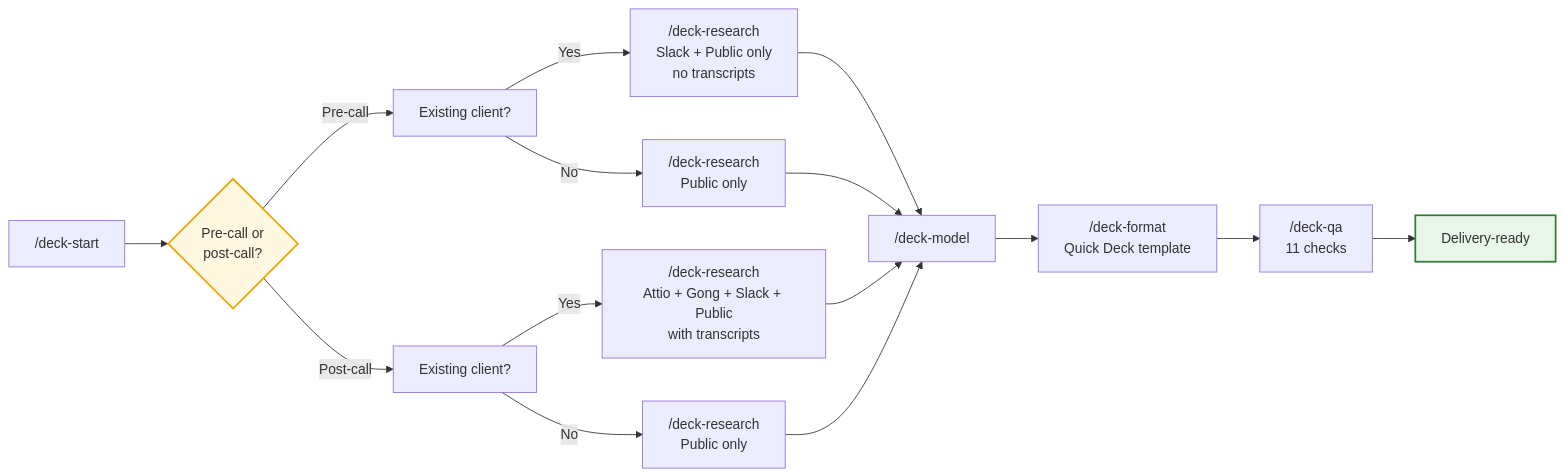
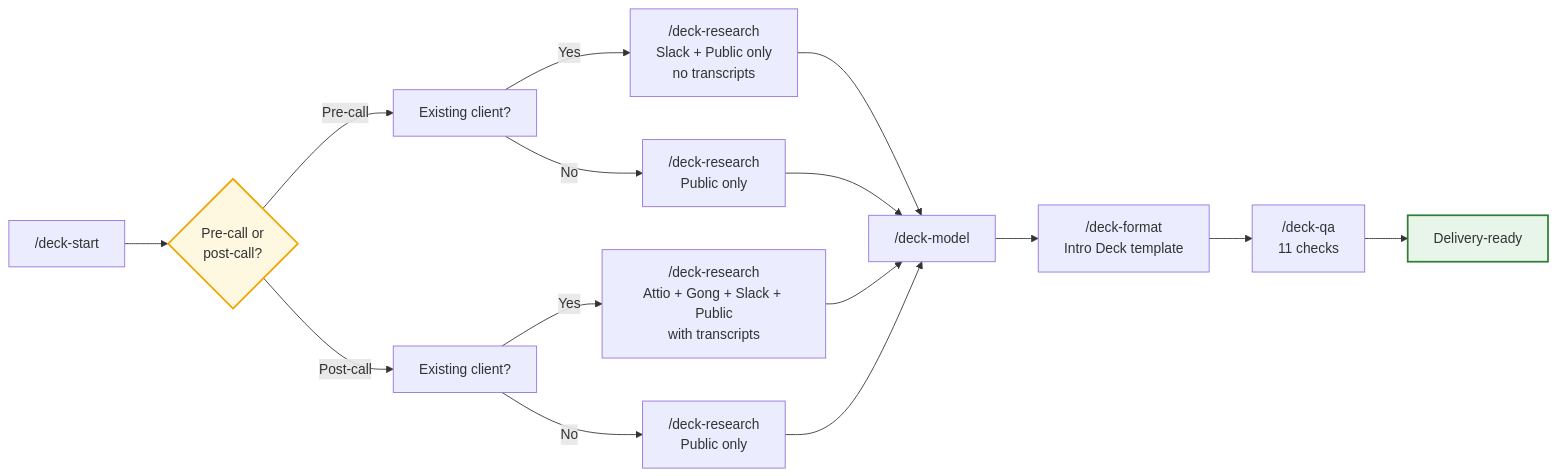
The diagram in README.md (Jolly-Incentineering/opportunity-analysis), drawn with Mermaid before and after one commit. The commit also changed other lines of this file and 28 other files, not shown here.

````diff
--- a/README.md
+++ b/README.md
@@ -89,28 +91,28 @@
 ```mermaid
 flowchart LR
     START["/deck-start"] --> CONTEXT
     CONTEXT{"Pre-call or<br/>post-call?"}
 
     CONTEXT -->|Pre-call| DETECT1["Existing client?"]
     CONTEXT -->|Post-call| DETECT2["Existing client?"]
 
     DETECT1 -->|Yes| RA["/deck-research<br/>Slack + Public only<br/>no transcripts"]
     DETECT1 -->|No| RB["/deck-research<br/>Public only"]
 
     DETECT2 -->|Yes| RC["/deck-research<br/>Attio + Gong + Slack + Public<br/>with transcripts"]
     DETECT2 -->|No| RD["/deck-research<br/>Public only"]
 
     RA --> MODEL["/deck-model"]
     RB --> MODEL
     RC --> MODEL
     RD --> MODEL
 
-    MODEL --> FORMAT["/deck-format<br/>Quick Deck template"]
+    MODEL --> FORMAT["/deck-format<br/>Intro Deck template"]
 
     FORMAT --> QA["/deck-qa<br/>11 checks"]
 
     QA --> DONE["Delivery-ready"]
 
     style CONTEXT fill:#fff8e1,stroke:#f0a500,stroke-width:2px
     style DONE fill:#e8f5e9,stroke:#2e7d32,stroke-width:2px
 ```
````
